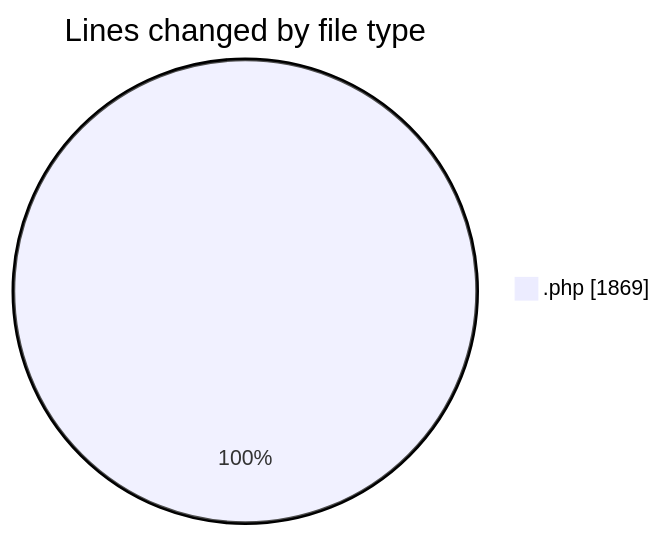
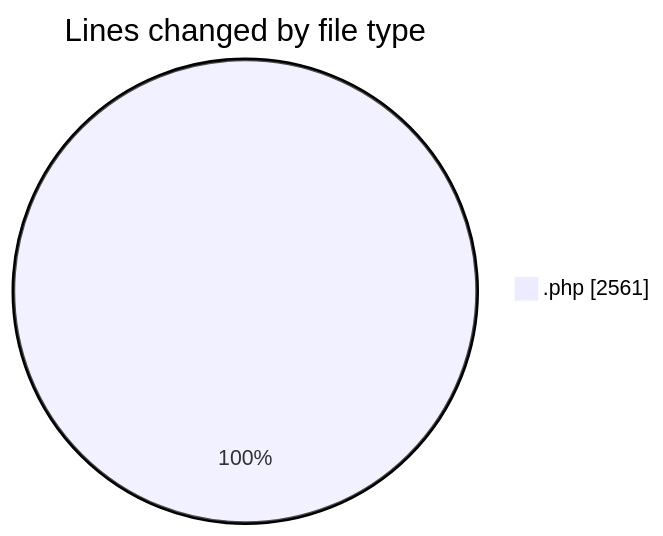
One commit to debugP/code-tracking changed the first of 2 diagrams in 2025-10-17/untitled__workspace_/README.md. Above: the diagram before and after it, drawn with Mermaid. The commit also changed other lines of this file and 1 other file, not shown here.

````diff
--- a/2025-10-17/untitled__workspace_/README.md
+++ b/2025-10-17/untitled__workspace_/README.md
@@ -22,5 +22,5 @@
 ```mermaid
 pie showData
 title Lines changed by file type
-".php" : 1869
+".php" : 2561
 ```
````
